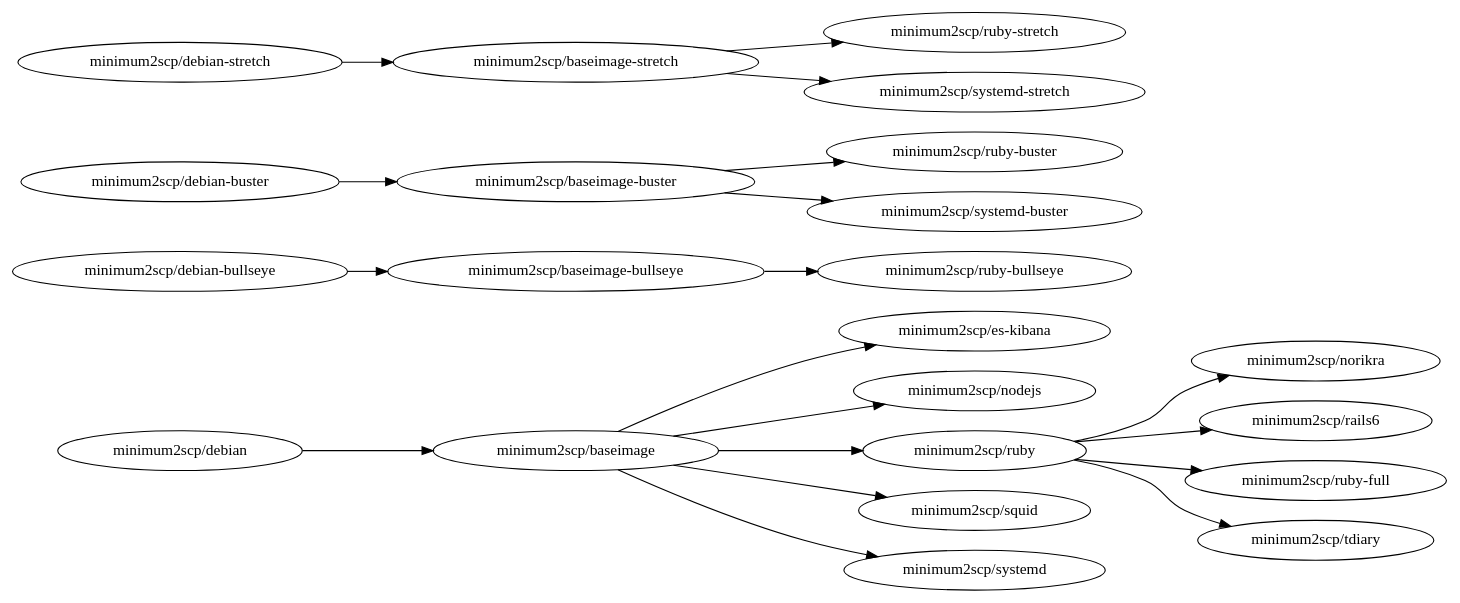
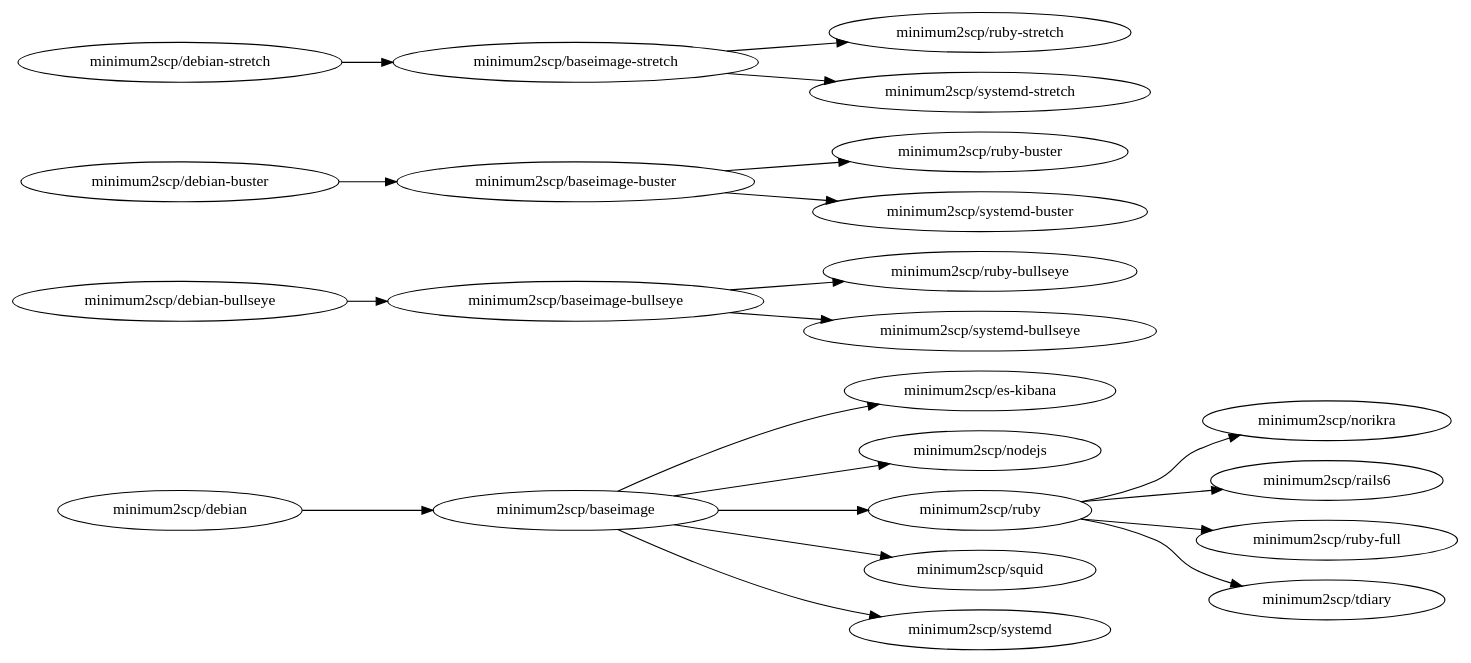
The diagram in deps.dot (minimum2scp/dockerfiles), drawn with Graphviz before and after one commit.

```diff
--- a/deps.dot
+++ b/deps.dot
@@ -1,42 +1,43 @@
 digraph deps {
   graph        [rankdir = "LR"];
   ratio = auto;
 
 
   baseimage          [label = "minimum2scp/baseimage"];
   baseimage_bullseye [label = "minimum2scp/baseimage-bullseye"];
   baseimage_buster   [label = "minimum2scp/baseimage-buster"];
   baseimage_stretch  [label = "minimum2scp/baseimage-stretch"];
   debian             [label = "minimum2scp/debian"];
   debian_bullseye    [label = "minimum2scp/debian-bullseye"];
   debian_buster      [label = "minimum2scp/debian-buster"];
   debian_stretch     [label = "minimum2scp/debian-stretch"];
   es_kibana          [label = "minimum2scp/es-kibana"];
   nodejs             [label = "minimum2scp/nodejs"];
   norikra            [label = "minimum2scp/norikra"];
   rails6             [label = "minimum2scp/rails6"];
   ruby               [label = "minimum2scp/ruby"];
   ruby_bullseye      [label = "minimum2scp/ruby-bullseye"];
   ruby_buster        [label = "minimum2scp/ruby-buster"];
   ruby_full          [label = "minimum2scp/ruby-full"];
   ruby_stretch       [label = "minimum2scp/ruby-stretch"];
   squid              [label = "minimum2scp/squid"];
   systemd            [label = "minimum2scp/systemd"];
+  systemd_bullseye   [label = "minimum2scp/systemd-bullseye"];
   systemd_buster     [label = "minimum2scp/systemd-buster"];
   systemd_stretch    [label = "minimum2scp/systemd-stretch"];
   tdiary             [label = "minimum2scp/tdiary"];
 
   debian    -> baseimage;
   baseimage -> {es_kibana, nodejs, ruby, squid, systemd};
   ruby      -> {norikra, rails6, ruby_full, tdiary};
 
   debian_bullseye -> baseimage_bullseye;
-  baseimage_bullseye -> ruby_bullseye;
+  baseimage_bullseye -> {ruby_bullseye, systemd_bullseye};
 
   debian_buster -> baseimage_buster;
   baseimage_buster -> {ruby_buster, systemd_buster};
 
   debian_stretch   -> baseimage_stretch;
   baseimage_stretch -> {systemd_stretch, ruby_stretch};
 
 }
```
